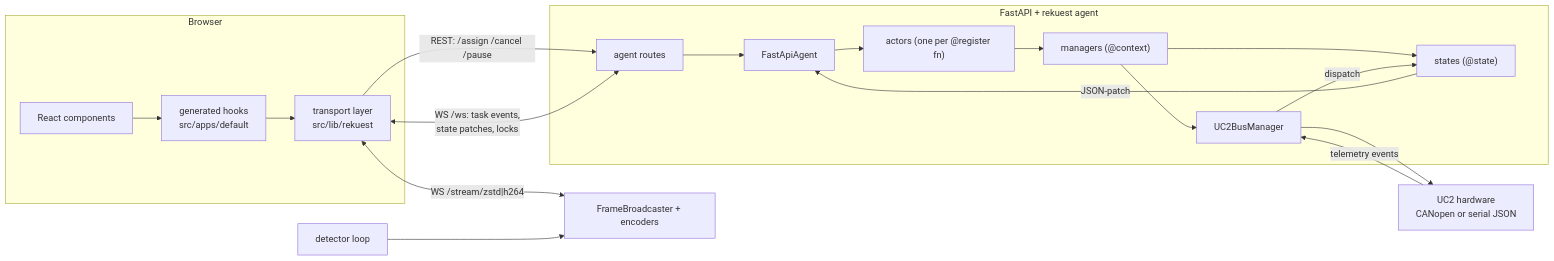
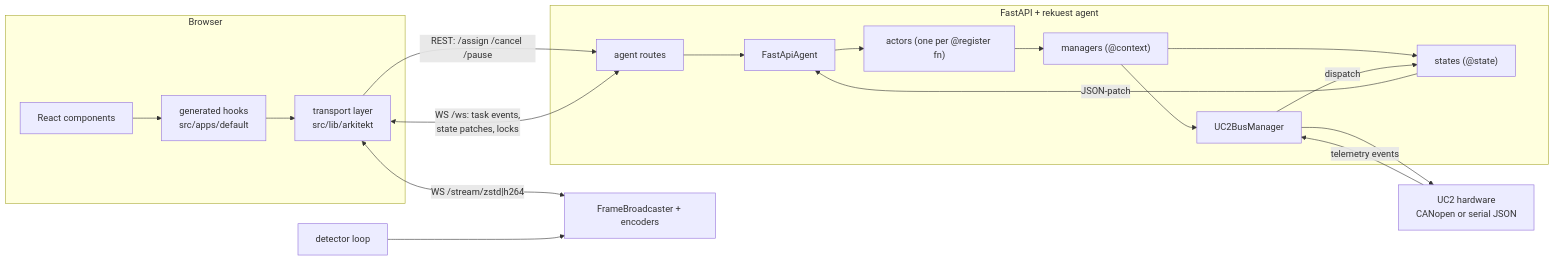
The first of 2 diagrams in docs/ARCHITECTURE.md (openUC2/newswitch), drawn with Mermaid before and after one commit. The commit also changed other lines of this file and 231 other files, not shown here.

````diff
--- a/docs/ARCHITECTURE.md
+++ b/docs/ARCHITECTURE.md
@@ -23,21 +23,21 @@
 ```mermaid
 flowchart LR
     subgraph Browser
         UI[React components] --> Hooks[generated hooks<br/>src/apps/default]
-        Hooks --> TP[transport layer<br/>src/lib/rekuest]
+        Hooks --> TP[transport layer<br/>src/lib/arkitekt]
     end
     TP -- "REST: /assign /cancel /pause" --> API
     TP <-- "WS /ws: task events,<br/>state patches, locks" --> API
     TP <-- "WS /stream/zstd|h264" --> ENC[FrameBroadcaster + encoders]
     subgraph Backend[FastAPI + rekuest agent]
         API[agent routes] --> AG[FastApiAgent]
         AG --> ACT["actors (one per @register fn)"]
         ACT --> MGR["managers (@context)"]
         MGR --> ST["states (@state)"]
         ST -- JSON-patch --> AG
         MGR --> BUS[UC2BusManager]
     end
     BUS --> HW[UC2 hardware<br/>CANopen or serial JSON]
     HW -- telemetry events --> BUS -- dispatch --> ST
     DET[detector loop] --> ENC
 ```
````
